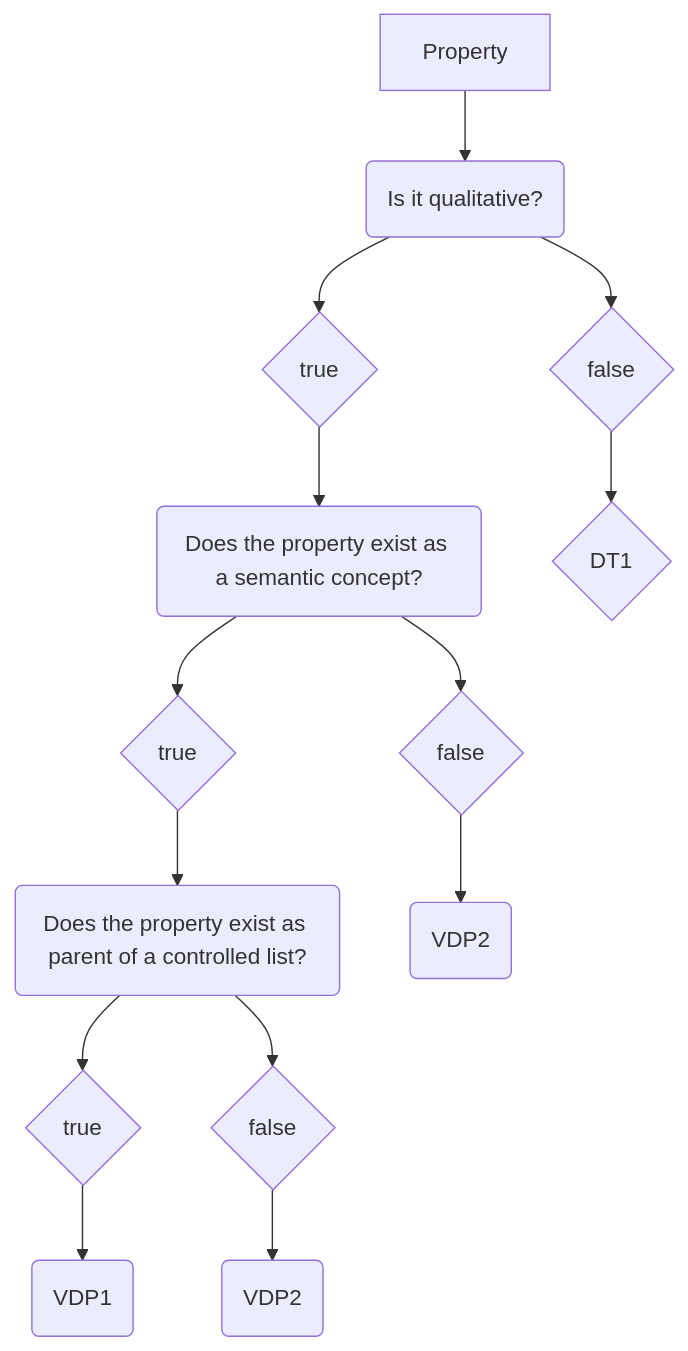
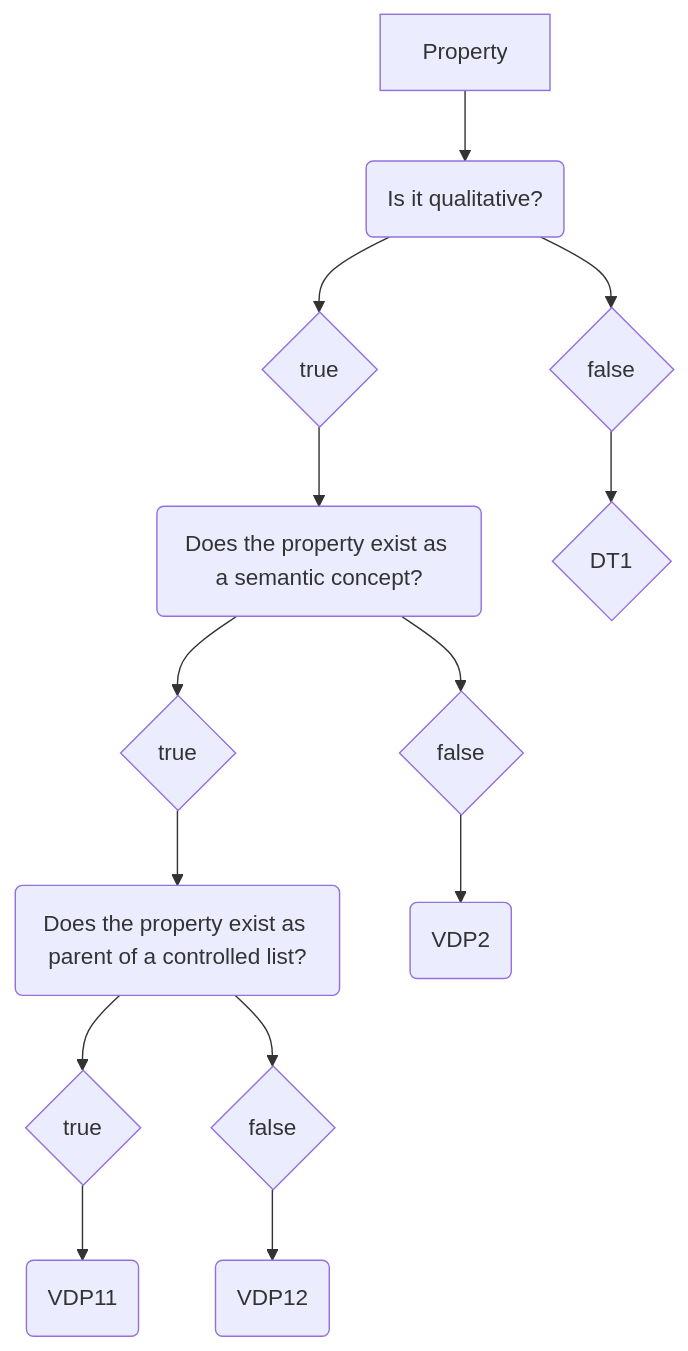
Before and after one commit to mabablue/I-ADOPT-patterns-playground: the diagram in Decisition_trees/DT0.mmd, drawn with Mermaid.

```diff
--- a/Decisition_trees/DT0.mmd
+++ b/Decisition_trees/DT0.mmd
@@ -1,14 +1,14 @@
 flowchart TD
     A[Property] --> B(Is it qualitative?)
     B --> C{true}
     B --> D{false}
     C --> E(Does the property exist as a semantic concept?) 
     E --> F{true}
     E --> G{false}
     F --> H(Does the property exist as parent of a controlled list?)
     D --> I{DT1} 
     G --> J(VDP2)
     H --> L{true}
-    L --> M(VDP1)
+    L --> M(VDP11)
     H --> N{false}
-    N --> O(VDP2)
+    N --> O(VDP12)
```
